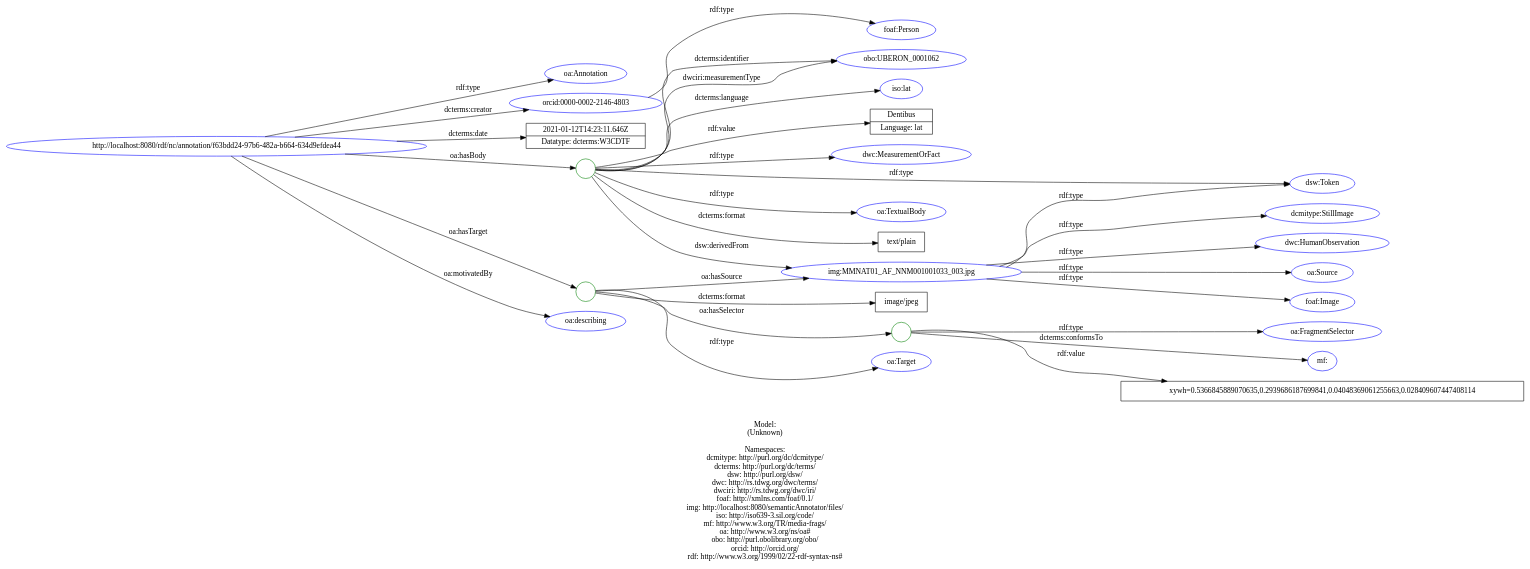
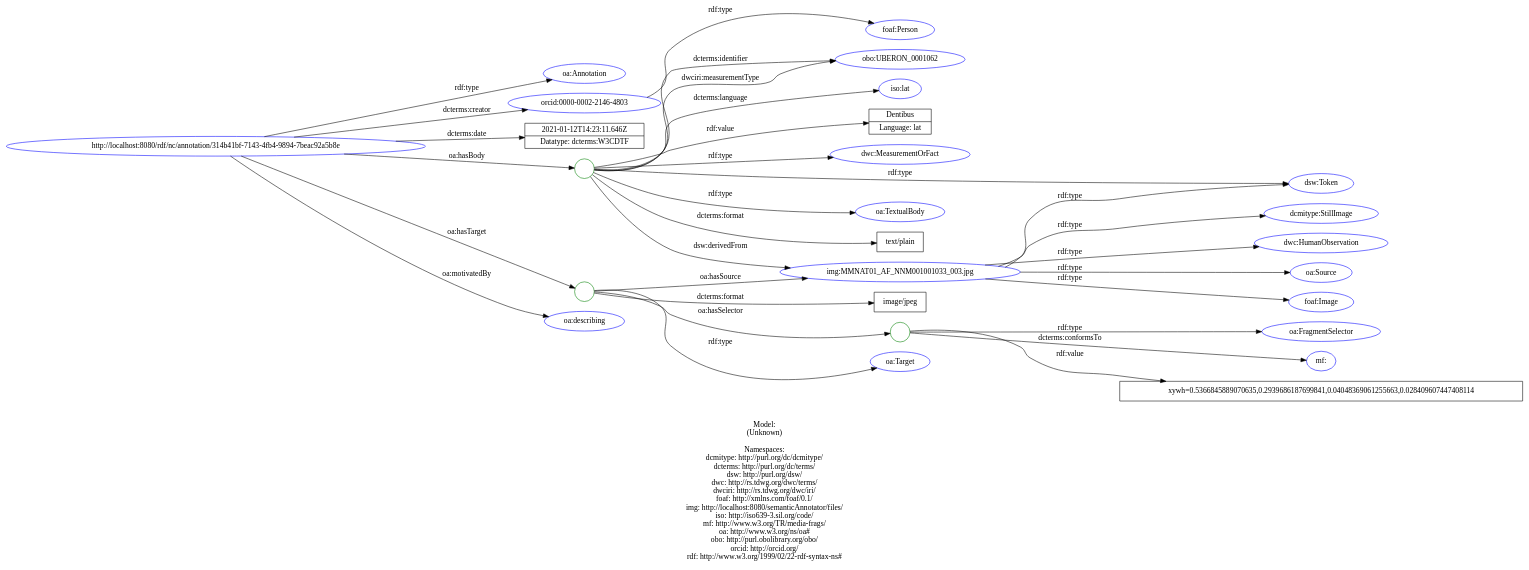
Before and after one commit to lisestork/SFB-Annotator: the diagram in doc/models/example_6_1.dot, drawn with Graphviz. The commit also changed 21 other files, not shown here.

```diff
--- a/doc/models/example_6_1.dot
+++ b/doc/models/example_6_1.dot
@@ -1,67 +1,67 @@
 digraph {
 	rankdir = LR;
 	charset="utf-8";
 
-	"Rhttp://localhost:8080/rdf/nc/annotation/f63bdd24-97b6-482a-b664-634d9efdea44" -> "Roa:Annotation" [ label="rdf:type" ];
-	"Rhttp://localhost:8080/rdf/nc/annotation/f63bdd24-97b6-482a-b664-634d9efdea44" -> "Rorcid:0000-0002-2146-4803" [ label="dcterms:creator" ];
-	"Rhttp://localhost:8080/rdf/nc/annotation/f63bdd24-97b6-482a-b664-634d9efdea44" -> "L2021-01-12T14:23:11.646Z|Datatype: dcterms:W3CDTF" [ label="dcterms:date" ];
-	"Rhttp://localhost:8080/rdf/nc/annotation/f63bdd24-97b6-482a-b664-634d9efdea44" -> "B_:node1evflep6ex14" [ label="oa:hasBody" ];
-	"B_:node1evflep6ex14" -> "Rdsw:Token" [ label="rdf:type" ];
-	"B_:node1evflep6ex14" -> "Rdwc:MeasurementOrFact" [ label="rdf:type" ];
-	"B_:node1evflep6ex14" -> "Roa:TextualBody" [ label="rdf:type" ];
-	"B_:node1evflep6ex14" -> "Ltext/plain" [ label="dcterms:format" ];
-	"B_:node1evflep6ex14" -> "Robo:UBERON_0001062" [ label="dcterms:identifier" ];
-	"B_:node1evflep6ex14" -> "Riso:lat" [ label="dcterms:language" ];
-	"B_:node1evflep6ex14" -> "Rimg:MMNAT01_AF_NNM001001033_003.jpg" [ label="dsw:derivedFrom" ];
-	"B_:node1evflep6ex14" -> "Robo:UBERON_0001062" [ label="dwciri:measurementType" ];
-	"B_:node1evflep6ex14" -> "LDentibus|Language: lat" [ label="rdf:value" ];
-	"Rhttp://localhost:8080/rdf/nc/annotation/f63bdd24-97b6-482a-b664-634d9efdea44" -> "B_:node1evflep6ex13" [ label="oa:hasTarget" ];
-	"B_:node1evflep6ex13" -> "Roa:Target" [ label="rdf:type" ];
-	"B_:node1evflep6ex13" -> "Limage/jpeg" [ label="dcterms:format" ];
-	"B_:node1evflep6ex13" -> "B_:node1evflep6ex16" [ label="oa:hasSelector" ];
-	"B_:node1evflep6ex16" -> "Roa:FragmentSelector" [ label="rdf:type" ];
-	"B_:node1evflep6ex16" -> "Rmf:" [ label="dcterms:conformsTo" ];
-	"B_:node1evflep6ex16" -> "Lxywh=0.5366845889070635,0.2939686187699841,0.04048369061255663,0.028409607447408114" [ label="rdf:value" ];
-	"B_:node1evflep6ex13" -> "Rimg:MMNAT01_AF_NNM001001033_003.jpg" [ label="oa:hasSource" ];
-	"Rhttp://localhost:8080/rdf/nc/annotation/f63bdd24-97b6-482a-b664-634d9efdea44" -> "Roa:describing" [ label="oa:motivatedBy" ];
+	"Rhttp://localhost:8080/rdf/nc/annotation/314b41bf-7143-4fb4-9894-7beac92a5b8e" -> "Roa:Annotation" [ label="rdf:type" ];
+	"Rhttp://localhost:8080/rdf/nc/annotation/314b41bf-7143-4fb4-9894-7beac92a5b8e" -> "Rorcid:0000-0002-2146-4803" [ label="dcterms:creator" ];
+	"Rhttp://localhost:8080/rdf/nc/annotation/314b41bf-7143-4fb4-9894-7beac92a5b8e" -> "L2021-01-12T14:23:11.646Z|Datatype: dcterms:W3CDTF" [ label="dcterms:date" ];
+	"Rhttp://localhost:8080/rdf/nc/annotation/314b41bf-7143-4fb4-9894-7beac92a5b8e" -> "B_:node1f0go8rutx32" [ label="oa:hasBody" ];
+	"B_:node1f0go8rutx32" -> "Rdsw:Token" [ label="rdf:type" ];
+	"B_:node1f0go8rutx32" -> "Rdwc:MeasurementOrFact" [ label="rdf:type" ];
+	"B_:node1f0go8rutx32" -> "Roa:TextualBody" [ label="rdf:type" ];
+	"B_:node1f0go8rutx32" -> "Ltext/plain" [ label="dcterms:format" ];
+	"B_:node1f0go8rutx32" -> "Robo:UBERON_0001062" [ label="dcterms:identifier" ];
+	"B_:node1f0go8rutx32" -> "Riso:lat" [ label="dcterms:language" ];
+	"B_:node1f0go8rutx32" -> "Rimg:MMNAT01_AF_NNM001001033_003.jpg" [ label="dsw:derivedFrom" ];
+	"B_:node1f0go8rutx32" -> "Robo:UBERON_0001062" [ label="dwciri:measurementType" ];
+	"B_:node1f0go8rutx32" -> "LDentibus|Language: lat" [ label="rdf:value" ];
+	"Rhttp://localhost:8080/rdf/nc/annotation/314b41bf-7143-4fb4-9894-7beac92a5b8e" -> "B_:node1f0go8rutx31" [ label="oa:hasTarget" ];
+	"B_:node1f0go8rutx31" -> "Roa:Target" [ label="rdf:type" ];
+	"B_:node1f0go8rutx31" -> "Limage/jpeg" [ label="dcterms:format" ];
+	"B_:node1f0go8rutx31" -> "B_:node1f0go8rutx34" [ label="oa:hasSelector" ];
+	"B_:node1f0go8rutx34" -> "Roa:FragmentSelector" [ label="rdf:type" ];
+	"B_:node1f0go8rutx34" -> "Rmf:" [ label="dcterms:conformsTo" ];
+	"B_:node1f0go8rutx34" -> "Lxywh=0.5366845889070635,0.2939686187699841,0.04048369061255663,0.028409607447408114" [ label="rdf:value" ];
+	"B_:node1f0go8rutx31" -> "Rimg:MMNAT01_AF_NNM001001033_003.jpg" [ label="oa:hasSource" ];
+	"Rhttp://localhost:8080/rdf/nc/annotation/314b41bf-7143-4fb4-9894-7beac92a5b8e" -> "Roa:describing" [ label="oa:motivatedBy" ];
 	"Rorcid:0000-0002-2146-4803" -> "Rfoaf:Person" [ label="rdf:type" ];
 	"Rimg:MMNAT01_AF_NNM001001033_003.jpg" -> "Rdcmitype:StillImage" [ label="rdf:type" ];
 	"Rimg:MMNAT01_AF_NNM001001033_003.jpg" -> "Rdsw:Token" [ label="rdf:type" ];
 	"Rimg:MMNAT01_AF_NNM001001033_003.jpg" -> "Rdwc:HumanObservation" [ label="rdf:type" ];
 	"Rimg:MMNAT01_AF_NNM001001033_003.jpg" -> "Roa:Source" [ label="rdf:type" ];
 	"Rimg:MMNAT01_AF_NNM001001033_003.jpg" -> "Rfoaf:Image" [ label="rdf:type" ];
 
 	// Resources
-	"Rhttp://localhost:8080/rdf/nc/annotation/f63bdd24-97b6-482a-b664-634d9efdea44" [ label="http://localhost:8080/rdf/nc/annotation/f63bdd24-97b6-482a-b664-634d9efdea44", shape = ellipse, color = blue ];
+	"Rhttp://localhost:8080/rdf/nc/annotation/314b41bf-7143-4fb4-9894-7beac92a5b8e" [ label="http://localhost:8080/rdf/nc/annotation/314b41bf-7143-4fb4-9894-7beac92a5b8e", shape = ellipse, color = blue ];
 	"Roa:Annotation" [ label="oa:Annotation", shape = ellipse, color = blue ];
 	"Rorcid:0000-0002-2146-4803" [ label="orcid:0000-0002-2146-4803", shape = ellipse, color = blue ];
 	"Rdsw:Token" [ label="dsw:Token", shape = ellipse, color = blue ];
 	"Rdwc:MeasurementOrFact" [ label="dwc:MeasurementOrFact", shape = ellipse, color = blue ];
 	"Roa:TextualBody" [ label="oa:TextualBody", shape = ellipse, color = blue ];
 	"Robo:UBERON_0001062" [ label="obo:UBERON_0001062", shape = ellipse, color = blue ];
 	"Riso:lat" [ label="iso:lat", shape = ellipse, color = blue ];
 	"Rimg:MMNAT01_AF_NNM001001033_003.jpg" [ label="img:MMNAT01_AF_NNM001001033_003.jpg", shape = ellipse, color = blue ];
 	"Roa:Target" [ label="oa:Target", shape = ellipse, color = blue ];
 	"Roa:FragmentSelector" [ label="oa:FragmentSelector", shape = ellipse, color = blue ];
 	"Rmf:" [ label="mf:", shape = ellipse, color = blue ];
 	"Roa:describing" [ label="oa:describing", shape = ellipse, color = blue ];
 	"Rfoaf:Person" [ label="foaf:Person", shape = ellipse, color = blue ];
 	"Rdcmitype:StillImage" [ label="dcmitype:StillImage", shape = ellipse, color = blue ];
 	"Rdwc:HumanObservation" [ label="dwc:HumanObservation", shape = ellipse, color = blue ];
 	"Roa:Source" [ label="oa:Source", shape = ellipse, color = blue ];
 	"Rfoaf:Image" [ label="foaf:Image", shape = ellipse, color = blue ];
 
 	// Anonymous nodes
-	"B_:node1evflep6ex14" [ label="", shape = circle, color = green ];
-	"B_:node1evflep6ex13" [ label="", shape = circle, color = green ];
-	"B_:node1evflep6ex16" [ label="", shape = circle, color = green ];
+	"B_:node1f0go8rutx32" [ label="", shape = circle, color = green ];
+	"B_:node1f0go8rutx31" [ label="", shape = circle, color = green ];
+	"B_:node1f0go8rutx34" [ label="", shape = circle, color = green ];
 
 	// Literals
 	"L2021-01-12T14:23:11.646Z|Datatype: dcterms:W3CDTF" [ label="2021-01-12T14:23:11.646Z|Datatype: dcterms:W3CDTF", shape = record ];
 	"Ltext/plain" [ label="text/plain", shape = record ];
 	"LDentibus|Language: lat" [ label="Dentibus|Language: lat", shape = record ];
 	"Limage/jpeg" [ label="image/jpeg", shape = record ];
 	"Lxywh=0.5366845889070635,0.2939686187699841,0.04048369061255663,0.028409607447408114" [ label="xywh=0.5366845889070635,0.2939686187699841,0.04048369061255663,0.028409607447408114", shape = record ];
 
 	label="\n\nModel:\n(Unknown)\n\nNamespaces:\ndcmitype: http://purl.org/dc/dcmitype/\ndcterms: http://purl.org/dc/terms/\ndsw: http://purl.org/dsw/\ndwc: http://rs.tdwg.org/dwc/terms/\ndwciri: http://rs.tdwg.org/dwc/iri/\nfoaf: http://xmlns.com/foaf/0.1/\nimg: http://localhost:8080/semanticAnnotator/files/\niso: http://iso639-3.sil.org/code/\nmf: http://www.w3.org/TR/media-frags/\noa: http://www.w3.org/ns/oa#\nobo: http://purl.obolibrary.org/obo/\norcid: http://orcid.org/\nrdf: http://www.w3.org/1999/02/22-rdf-syntax-ns#\n";
 }
```
